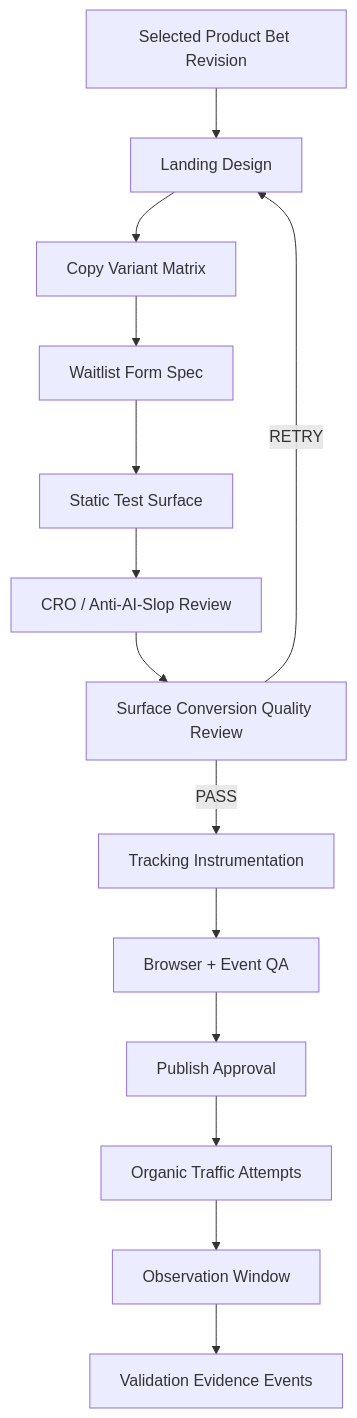
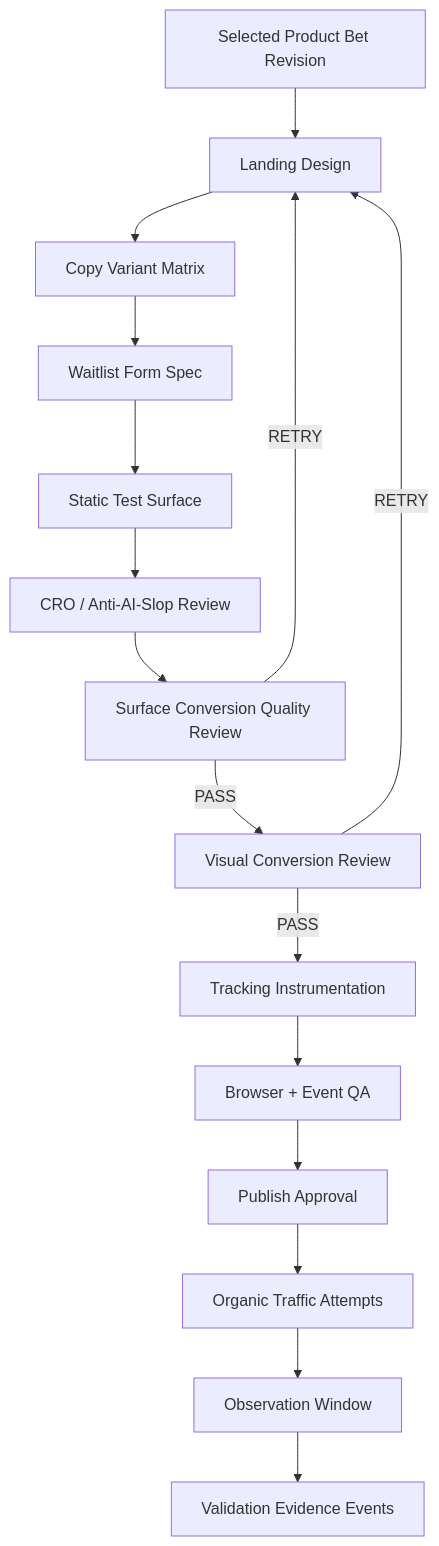
Before and after one commit to Vladick-Pick/Nohum-studio: the diagram in docs/playbooks/product-bet-definition-playbook.md, drawn with Mermaid. The commit also changed other lines of this file and 16 other files, not shown here.

Commit message:
Require visual conversion review before validation publication

````diff
--- a/docs/playbooks/product-bet-definition-playbook.md
+++ b/docs/playbooks/product-bet-definition-playbook.md
@@ -241,16 +241,18 @@
 ```mermaid
 flowchart TD
   A["Selected Product Bet Revision"] --> B["Landing Design"]
   B --> C["Copy Variant Matrix"]
   C --> D["Waitlist Form Spec"]
   D --> E["Static Test Surface"]
   E --> F["CRO / Anti-AI-Slop Review"]
   F --> Q["Surface Conversion Quality Review"]
   Q -->|"RETRY"| B
-  Q -->|"PASS"| G["Tracking Instrumentation"]
+  Q -->|"PASS"| V["Visual Conversion Review"]
+  V -->|"RETRY"| B
+  V -->|"PASS"| G["Tracking Instrumentation"]
   G --> H["Browser + Event QA"]
   H --> I["Publish Approval"]
   I --> J["Organic Traffic Attempts"]
   J --> K["Observation Window"]
   K --> L["Validation Evidence Events"]
 ```
````
